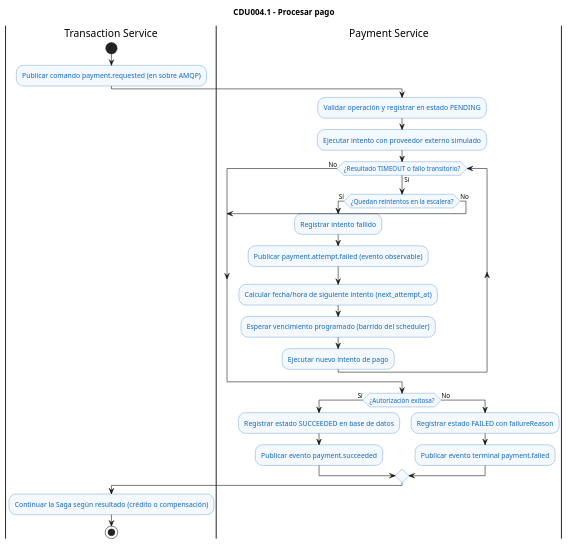
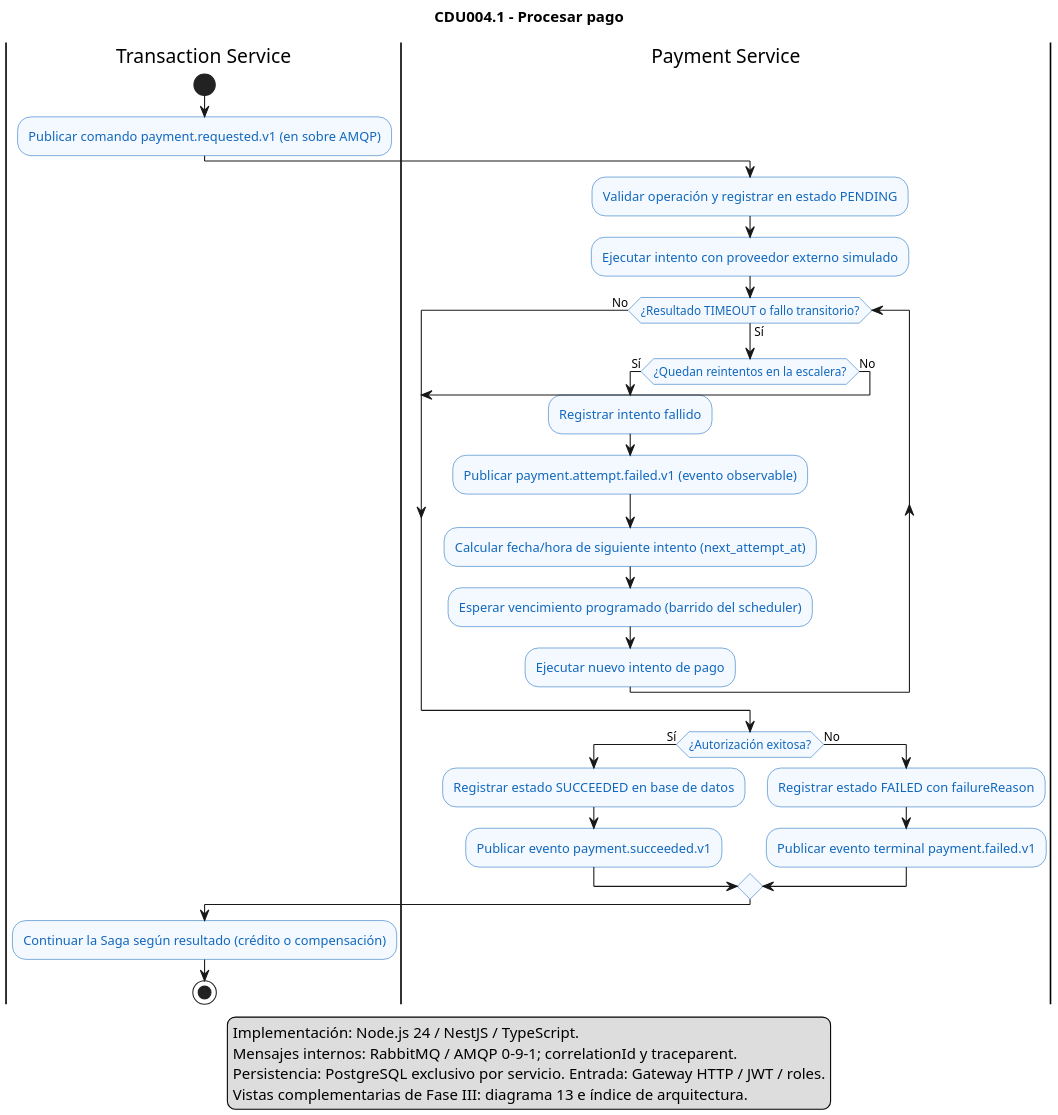
Before and after one commit to marcosbondel/Proyecto-SA-B-2: the diagram in docs/architecture/diagrams/cdu/payment/flujos/CDU004.1-procesar-pago.puml, drawn with PlantUML. The commit also changed 74 other files, not shown here.

Commit message:
docs(cdu-er): actualizar casos de uso UML nativos, flujos de negocio y modelos ER fisicos

```diff
--- a/docs/architecture/diagrams/cdu/payment/flujos/CDU004.1-procesar-pago.puml
+++ b/docs/architecture/diagrams/cdu/payment/flujos/CDU004.1-procesar-pago.puml
@@ -1,39 +1,46 @@
 @startuml CDU004.1-procesar-pago
 title CDU004.1 - Procesar pago
 
 skinparam shadowing false
+skinparam dpi 180
 skinparam activity {
     BackgroundColor #F4F8FF
     BorderColor #1168BD
     FontColor #1168BD
 }
 
 |Transaction Service|
 start
-:Publicar comando payment.requested (en sobre AMQP);
+:Publicar comando payment.requested.v1 (en sobre AMQP);
 |Payment Service|
 :Validar operación y registrar en estado PENDING;
 :Ejecutar intento con proveedor externo simulado;
 while (¿Resultado TIMEOUT o fallo transitorio?) is (Sí)
     if (¿Quedan reintentos en la escalera?) then (Sí)
         :Registrar intento fallido;
-        :Publicar payment.attempt.failed (evento observable);
+        :Publicar payment.attempt.failed.v1 (evento observable);
         :Calcular fecha/hora de siguiente intento (next_attempt_at);
         :Esperar vencimiento programado (barrido del scheduler);
         :Ejecutar nuevo intento de pago;
     else (No)
         break
     endif
 endwhile (No)
 
 if (¿Autorización exitosa?) then (Sí)
     :Registrar estado SUCCEEDED en base de datos;
-    :Publicar evento payment.succeeded;
+    :Publicar evento payment.succeeded.v1;
 else (No)
     :Registrar estado FAILED con failureReason;
-    :Publicar evento terminal payment.failed;
+    :Publicar evento terminal payment.failed.v1;
 endif
 |Transaction Service|
 :Continuar la Saga según resultado (crédito o compensación);
 stop
+legend bottom
+  Implementación: Node.js 24 / NestJS / TypeScript.
+  Mensajes internos: RabbitMQ / AMQP 0-9-1; correlationId y traceparent.
+  Persistencia: PostgreSQL exclusivo por servicio. Entrada: Gateway HTTP / JWT / roles.
+  Vistas complementarias de Fase III: diagrama 13 e índice de arquitectura.
+endlegend
 @enduml
```
